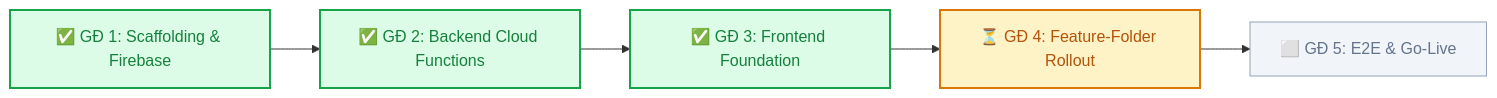
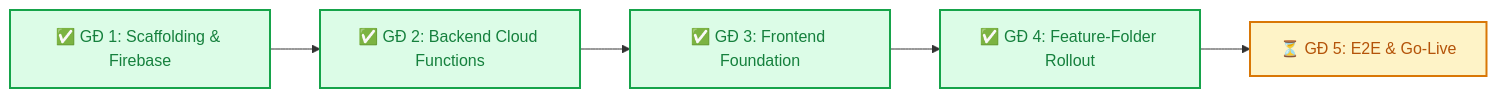
The diagram in PROGRESS.md (khoavudl/ContractReview_firestore), drawn with Mermaid before and after one commit. The commit also changed other lines of this file and 16 other files, not shown here.

````diff
--- a/PROGRESS.md
+++ b/PROGRESS.md
@@ -26,15 +26,14 @@
 ```mermaid
 flowchart LR
     G1["✅ GĐ 1: Scaffolding & Firebase"] --> G2["✅ GĐ 2: Backend Cloud Functions"]
     G2 --> G3["✅ GĐ 3: Frontend Foundation"]
-    G3 --> G4["⏳ GĐ 4: Feature-Folder Rollout"]
-    G4 --> G5["⬜ GĐ 5: E2E & Go-Live"]
+    G3 --> G4["✅ GĐ 4: Feature-Folder Rollout"]
+    G4 --> G5["⏳ GĐ 5: E2E & Go-Live"]
 
     classDef done fill:#dcfce7,stroke:#16a34a,stroke-width:2px,color:#15803d;
     classDef current fill:#fef3c7,stroke:#d97706,stroke-width:2px,color:#b45309;
     classDef pending fill:#f1f5f9,stroke:#94a3b8,stroke-width:1px,color:#64748b;
 
-    class G1,G2,G3 done;
-    class G4 current;
-    class G5 pending;
+    class G1,G2,G3,G4 done;
+    class G5 current;
 ```
````
